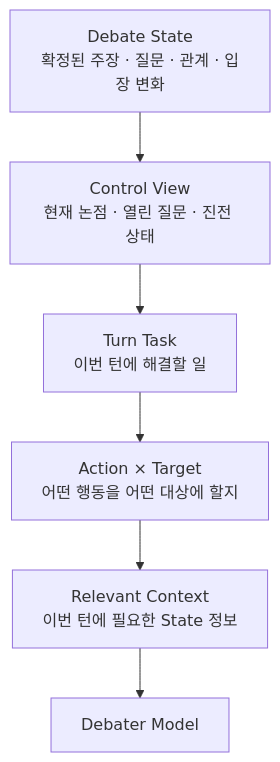
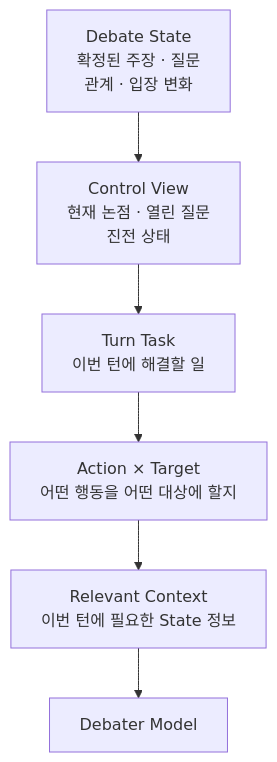
Before and after one commit to hodob/A1-3: the fourth of 5 diagrams in README.md, drawn with Mermaid. The commit also changed other lines of this file, not shown here.

First line of the commit message:
docs: fix Mermaid layouts and tighten README review items

```diff
--- a/README.md
+++ b/README.md
@@ -200,15 +198,15 @@
 ~~~mermaid
 flowchart TD
-    S[Debate State<br/>확정된 주장 · 질문 · 관계 · 입장 변화]
-    V[Control View<br/>현재 논점 · 열린 질문 · 진전 상태]
+    S[Debate State<br/>확정된 주장 · 질문<br/>관계 · 입장 변화]
+    V[Control View<br/>현재 논점 · 열린 질문<br/>진전 상태]
     T[Turn Task<br/>이번 턴에 해결할 일]
     A[Action × Target<br/>어떤 행동을 어떤 대상에 할지]
     C[Relevant Context<br/>이번 턴에 필요한 State 정보]
     M[Debater Model]
 
     S --> V
     V --> T
     T --> A
     A --> C
     C --> M
 ~~~
```
